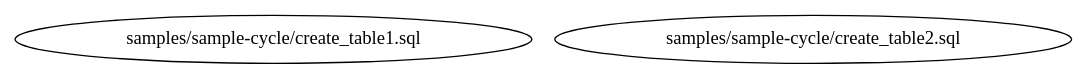
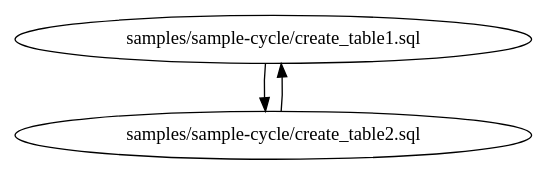
Before and after one commit to Matts966/alphasql: the diagram in samples/sample-cycle/side_effect_first/dag.dot, drawn with Graphviz. The commit also changed 20 other files, not shown here.

```diff
--- a/samples/sample-cycle/side_effect_first/dag.dot
+++ b/samples/sample-cycle/side_effect_first/dag.dot
@@ -1,4 +1,6 @@
 digraph G {
 0 [label="samples/sample-cycle/create_table1.sql", shape="", type=query];
 1 [label="samples/sample-cycle/create_table2.sql", shape="", type=query];
+0->1 ;
+1->0 ;
 }
```
